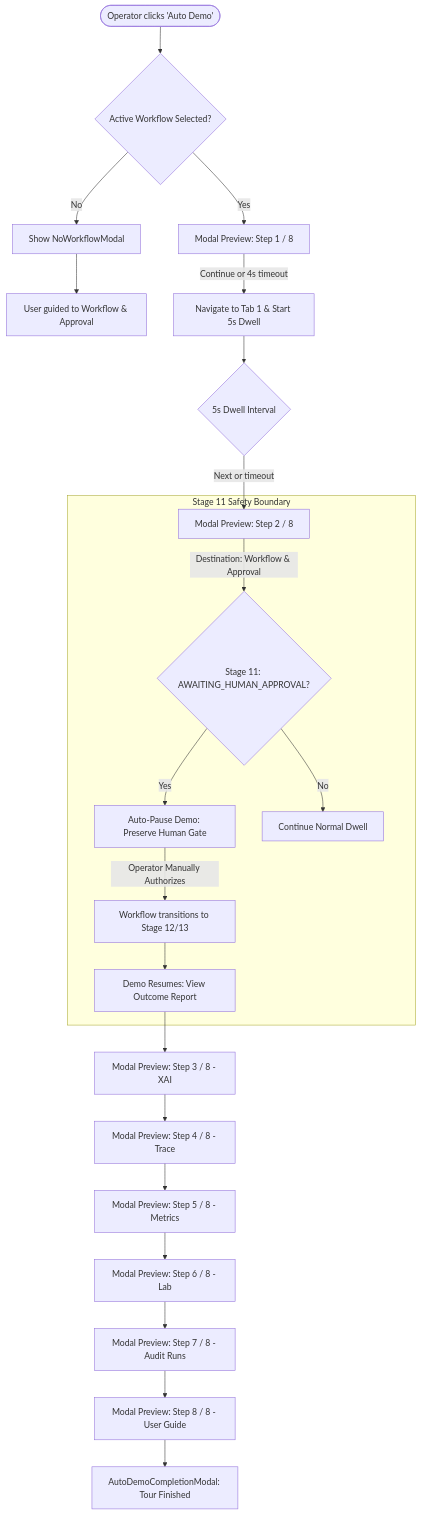
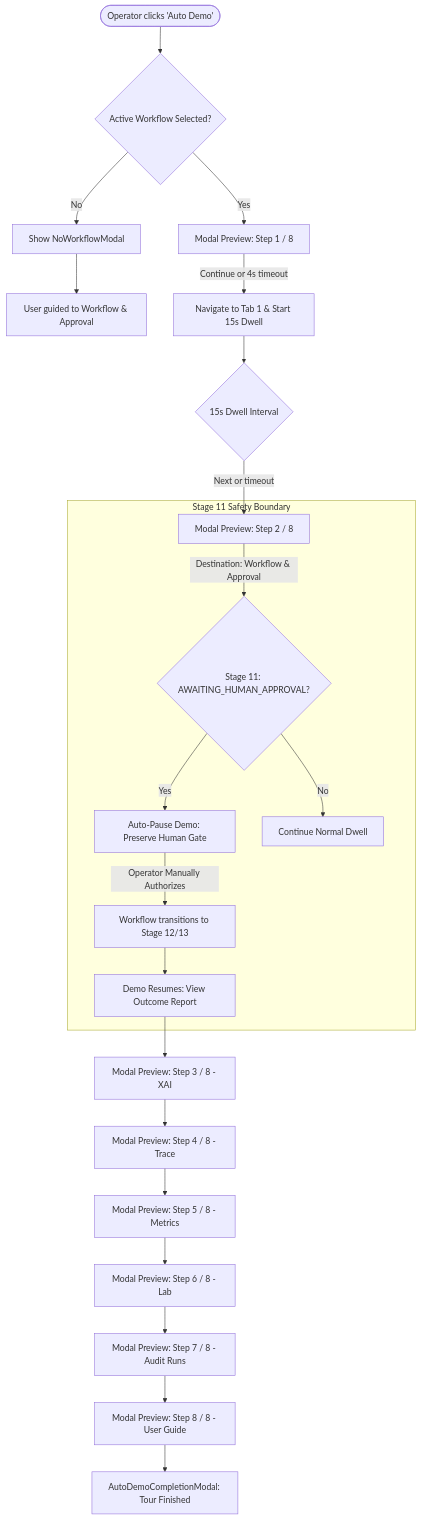
One commit to ASHIL-MASCARENHAS/FidelityGate changed the tenth of 11 diagrams in docs/ARCHITECTURE.md. Above: the diagram before and after it, drawn with Mermaid. The commit also changed other lines of this file and 36 other files, not shown here.

````diff
--- a/docs/ARCHITECTURE.md
+++ b/docs/ARCHITECTURE.md
@@ -586,27 +586,27 @@
 ```mermaid
 flowchart TD
     START([Operator clicks 'Auto Demo']) --> CHK{Active Workflow Selected?}
     CHK -- No --> NO_WF[Show NoWorkflowModal]
     NO_WF --> NAV_WF[User guided to Workflow & Approval]
     
     CHK -- Yes --> S1[Modal Preview: Step 1 / 8]
-    S1 -->|Continue or 4s timeout| TAB1[Navigate to Tab 1 & Start 5s Dwell]
-    TAB1 --> DWELL1{5s Dwell Interval}
+    S1 -->|Continue or 4s timeout| TAB1[Navigate to Tab 1 & Start 15s Dwell]
+    TAB1 --> DWELL1{15s Dwell Interval}
     DWELL1 -->|Next or timeout| S2[Modal Preview: Step 2 / 8]
     
     subgraph ApprovalBoundary["Stage 11 Safety Boundary"]
         S2 -->|Destination: Workflow & Approval| CHK_APP{Stage 11: AWAITING_HUMAN_APPROVAL?}
         CHK_APP -- Yes --> PAUSE_APP[Auto-Pause Demo: Preserve Human Gate]
         PAUSE_APP -->|Operator Manually Authorizes| RESUME[Workflow transitions to Stage 12/13]
         RESUME --> CONT[Demo Resumes: View Outcome Report]
         CHK_APP -- No --> DWELL2[Continue Normal Dwell]
     end
     
     CONT --> S3[Modal Preview: Step 3 / 8 - XAI]
     S3 --> S4[Modal Preview: Step 4 / 8 - Trace]
     S4 --> S5[Modal Preview: Step 5 / 8 - Metrics]
     S5 --> S6[Modal Preview: Step 6 / 8 - Lab]
     S6 --> S7[Modal Preview: Step 7 / 8 - Audit Runs]
     S7 --> S8[Modal Preview: Step 8 / 8 - User Guide]
     S8 --> COMP[AutoDemoCompletionModal: Tour Finished]
 ```
````
